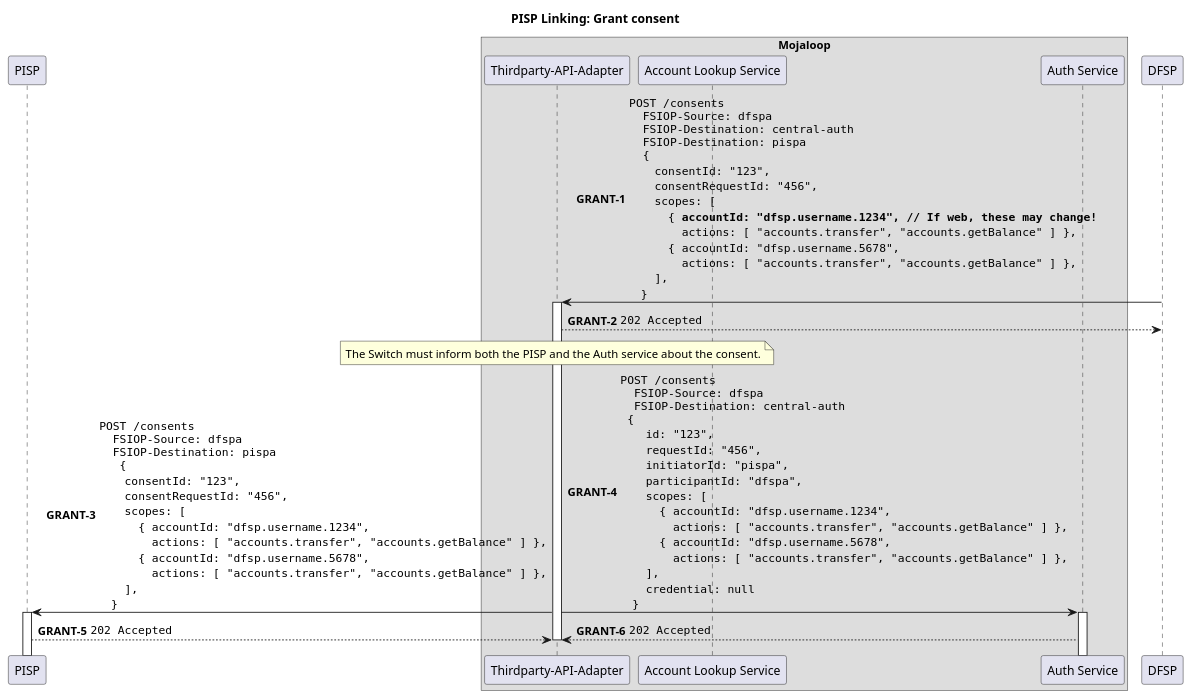
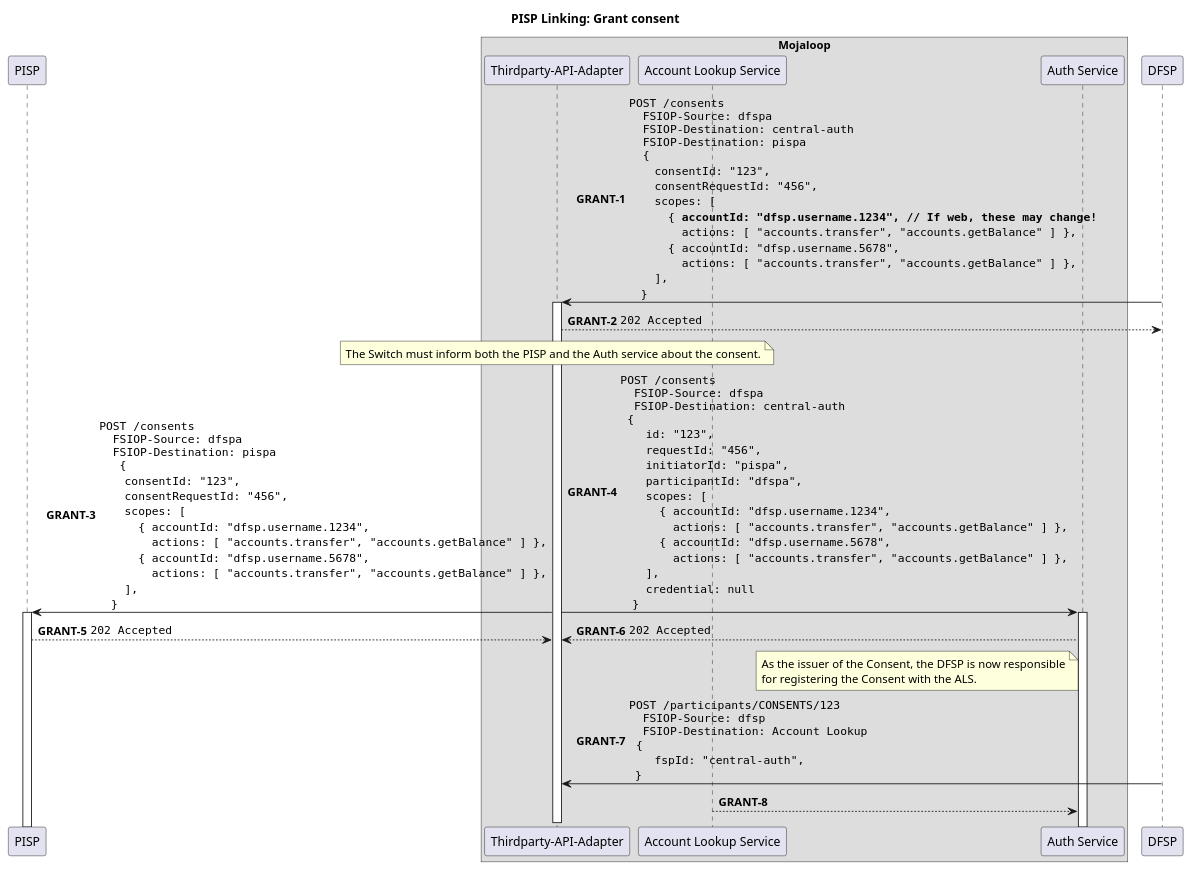
The diagram in docs/linking/4-grant-consent.puml (mojaloop/pisp-project), drawn with PlantUML before and after one commit. The commit also changed 3 other files, not shown here.

```diff
--- a/docs/linking/4-grant-consent.puml
+++ b/docs/linking/4-grant-consent.puml
@@ -1,91 +1,89 @@
 @startuml
 
 !pragma teoz true
 
 title PISP Linking: Grant consent
 
 participant "PISP" as PISP
 
 box "Mojaloop"
     participant "Thirdparty-API-Adapter" as Switch
     participant "Account Lookup Service" as ALS
     participant "Auth Service" as Auth
 end box
 
 participant "DFSP" as DFSP
 
 autonumber 1 "<b>GRANT-#</b>"
 
 DFSP -> Switch ++: ""POST /consents""\n\
 ""  FSIOP-Source: dfspa""\n\
 ""  FSIOP-Destination: central-auth""\n\
 ""  FSIOP-Destination: pispa""\n\
 ""  {""\n\
     ""  consentId: "123",""\n\
     ""  consentRequestId: "456",""\n\
     ""  scopes: [ ""\n\
     ""    { **accountId: "dfsp.username.1234", // If web, these may change!**""\n\
     ""      actions: [ "accounts.transfer", "accounts.getBalance" ] },""\n\
     ""    { accountId: "dfsp.username.5678",""\n\
     ""      actions: [ "accounts.transfer", "accounts.getBalance" ] },""\n\
     ""  ],""\n\
     ""}""
 Switch --> DFSP: ""202 Accepted""
 deactivate DFSP
 
 note over Switch
   The Switch must inform both the PISP and the Auth service about the consent.
 end note
 
 Switch -> PISP ++: ""POST /consents""\n\
 ""  FSIOP-Source: dfspa""\n\
 ""  FSIOP-Destination: pispa""\n\
 ""   {""\n\
     ""  consentId: "123",""\n\
     ""  consentRequestId: "456",""\n\
     ""  scopes: [ ""\n\
     ""    { accountId: "dfsp.username.1234",""\n\
     ""      actions: [ "accounts.transfer", "accounts.getBalance" ] },""\n\
     ""    { accountId: "dfsp.username.5678",""\n\
     ""      actions: [ "accounts.transfer", "accounts.getBalance" ] },""\n\
     ""  ],""\n\
     ""}""
 & Switch -> Auth ++: ""POST /consents""\n\
 ""  FSIOP-Source: dfspa""\n\
 ""  FSIOP-Destination: central-auth""\n\
 "" {""\n\
     ""  id: "123",""\n\
     ""  requestId: "456",""\n\
     ""  initiatorId: "pispa",""\n\
     ""  participantId: "dfspa",""\n\
     ""  scopes: [ ""\n\
     ""    { accountId: "dfsp.username.1234",""\n\
     ""      actions: [ "accounts.transfer", "accounts.getBalance" ] },""\n\
     ""    { accountId: "dfsp.username.5678",""\n\
     ""      actions: [ "accounts.transfer", "accounts.getBalance" ] },""\n\
     ""  ],""\n\
     ""  credential: null""\n\
     ""}""
 
 PISP --> Switch: ""202 Accepted""
 & Auth --> Switch: ""202 Accepted""
 
-' TODO: move this to the DFSP somwehere
-' also, we should be registering the party or something
-' note left of Auth
-'   As the owner of the consent, the Auth Service is
-'   responsible for updating the ALS
-' end note
+note left of Auth
+  As the issuer of the Consent, the DFSP is now responsible
+  for registering the Consent with the ALS.
+end note
 
-' Auth -> ALS: ""POST /participants/CONSENTS/123""\n\
-' ""  FSIOP-Source: central-auth""\n\
-' ""  FSIOP-Destination: Account Lookup""\n\
-' "" {""\n\
-'     ""  fspId: "central-auth",""\n\
-'   ""}""
+DFSP -> Switch: ""POST /participants/CONSENTS/123""\n\
+""  FSIOP-Source: dfsp""\n\
+""  FSIOP-Destination: Account Lookup""\n\
+"" {""\n\
+    ""  fspId: "central-auth",""\n\
+  ""}""
 
-' ALS --> Auth:
+ALS --> Auth:
 
 deactivate Switch
 
 @enduml
```
